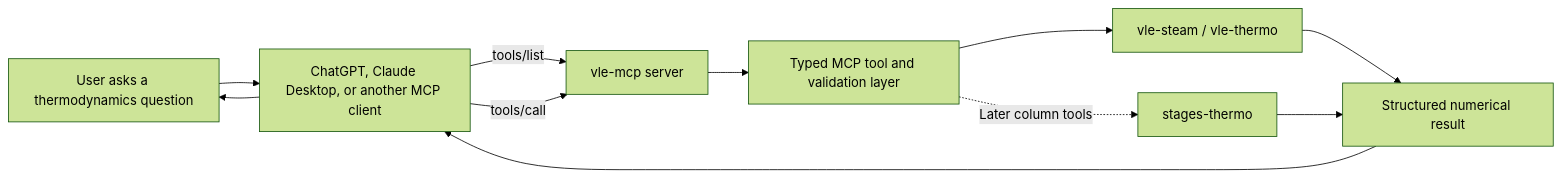
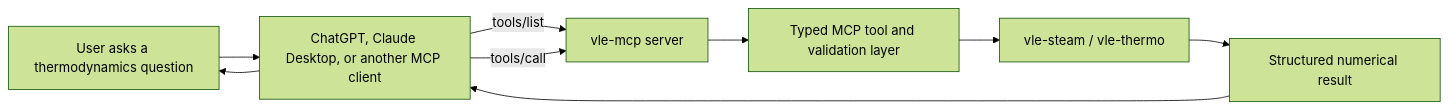
The diagram in docs/architecture.md (miguelju/vle-mcp), drawn with Mermaid (forest theme) before and after one commit. The commit also changed other lines of this file and 6 other files, not shown here.

````diff
--- a/docs/architecture.md
+++ b/docs/architecture.md
@@ -24,21 +24,18 @@
 ```mermaid
 flowchart LR
     U["User asks a thermodynamics question"]
     C["ChatGPT, Claude Desktop, or another MCP client"]
     S["vle-mcp server"]
     A["Typed MCP tool and validation layer"]
     V["vle-steam / vle-thermo"]
-    T["stages-thermo"]
     R["Structured numerical result"]
 
     U --> C
     C -->|"tools/list"| S
     C -->|"tools/call"| S
     S --> A
     A --> V
-    A -. "Later column tools" .-> T
     V --> R
-    T --> R
     R --> C
     C --> U
 ```
````
